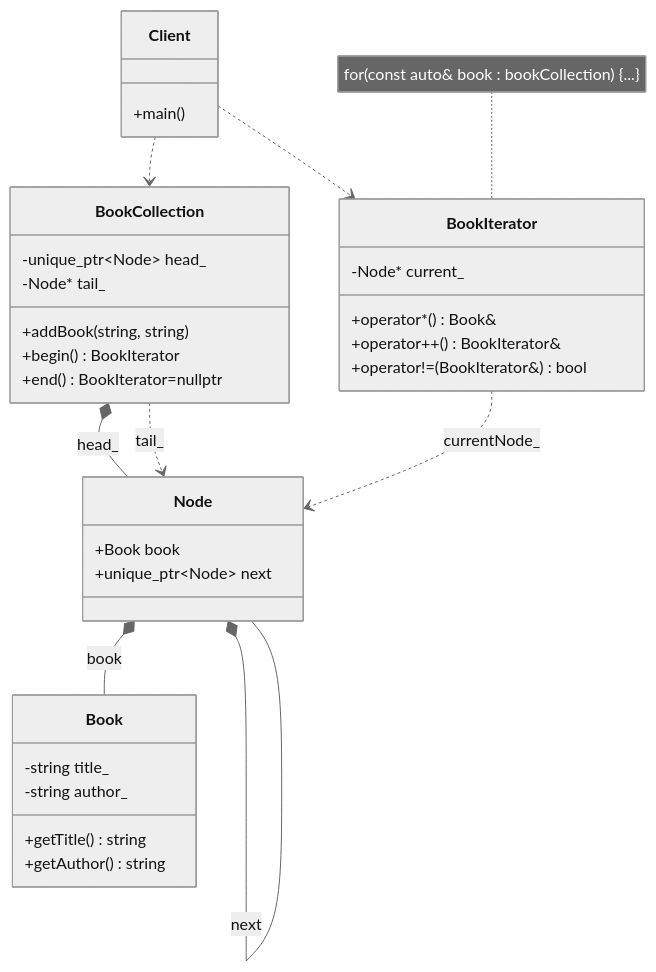
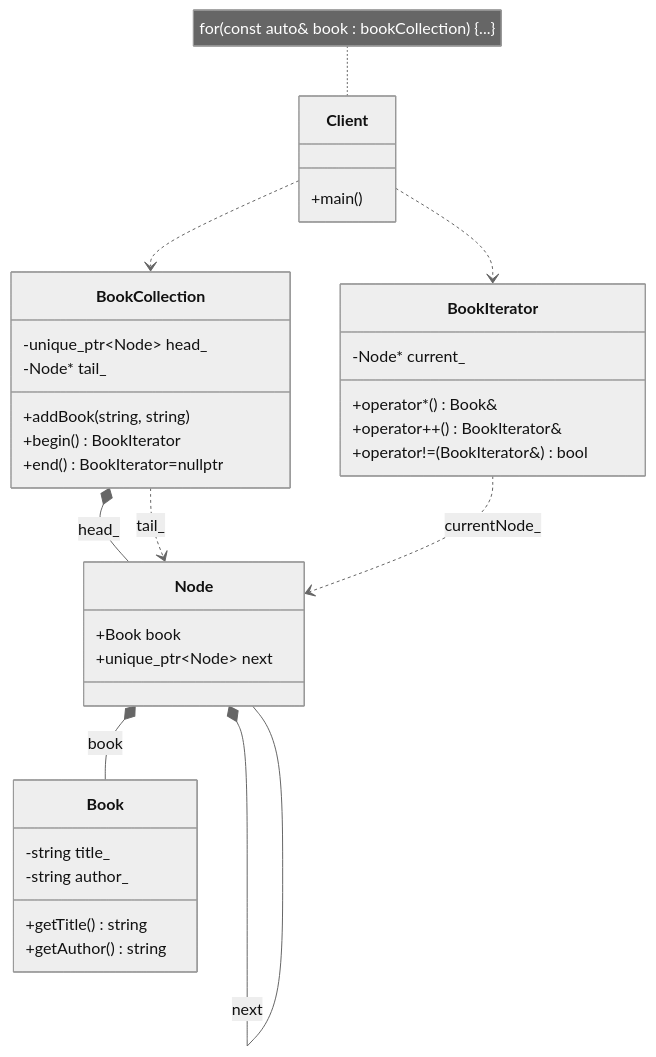
One commit to Cichlidfishexigency721/Modern-CPP-Design-Patterns changed the diagram in 21_Iterator/Iterator_STL/diagram.md. Above: the diagram before and after it, drawn with Mermaid (neutral theme). The commit also changed 1 other file, not shown here.

Commit message:
Improvement in UML

````diff
--- a/21_Iterator/Iterator_STL/diagram.md
+++ b/21_Iterator/Iterator_STL/diagram.md
@@ -3,47 +3,47 @@
 ```mermaid
 classDiagram
     class Book {
         -string title_
         -string author_
         +getTitle() string
         +getAuthor() string
     }
 
     class Node {
         +Book book
         +unique_ptr~Node~ next
     }
 
     class BookIterator {
         -Node* current_
         +operator*() Book&
         +operator++() BookIterator&
         +operator!=(BookIterator&) bool
     }
 
     class BookCollection {
         -unique_ptr~Node~ head_
         -Node* tail_
         +addBook(string, string)
         +begin() BookIterator
         +end() BookIterator=nullptr
     }
 
     class Client {
         +main()
     }
 
-    note for BookIterator "for(const auto& book : bookCollection) {...}"
+    note for Client "for(const auto& book : bookCollection) {...}"
 
     %% Relationships using your symbology reference:
 
     BookCollection *-- Node : head_
     BookCollection ..> Node : tail_
     Node *-- Book : book
     Node *-- Node : next
 
     BookIterator ..> Node : currentNode_
 
     Client ..> BookCollection
     Client ..> BookIterator
 ```
````
